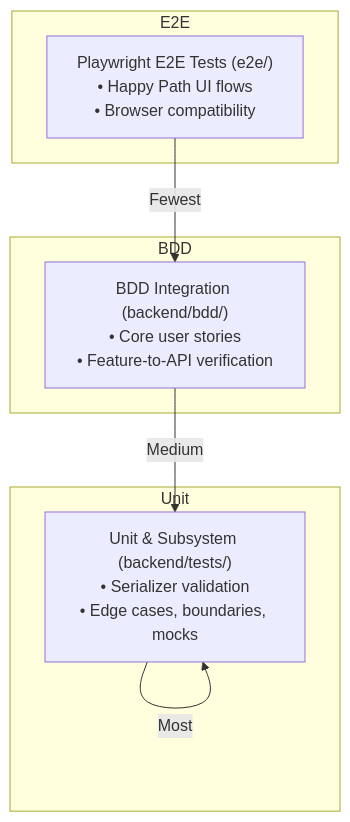
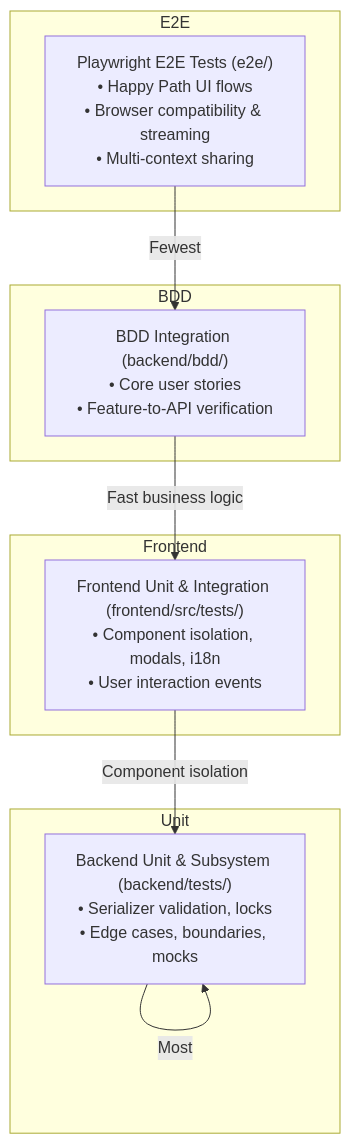
Before and after one commit to coneshare/coneshare: the diagram in docs/strategy/testing-strategy.md, drawn with Mermaid. The commit also changed other lines of this file and 9 other files, not shown here.

First line of the commit message:
fix(e2e): establish Playwright E2E strategy, multi-context suites, and nightly CI

````diff
--- a/docs/strategy/testing-strategy.md
+++ b/docs/strategy/testing-strategy.md
@@ -41,16 +53,20 @@
 ```mermaid
 graph TD
     subgraph E2E
-        A["Playwright E2E Tests (e2e/)<br>• Happy Path UI flows<br>• Browser compatibility"]
+        A["Playwright E2E Tests (e2e/)<br>• Happy Path UI flows<br>• Browser compatibility & streaming<br>• Multi-context sharing"]
     end
     subgraph BDD
         B["BDD Integration (backend/bdd/)<br>• Core user stories<br>• Feature-to-API verification"]
     end
+    subgraph Frontend
+        F["Frontend Unit & Integration (frontend/src/tests/)<br>• Component isolation, modals, i18n<br>• User interaction events"]
+    end
     subgraph Unit
-        C["Unit & Subsystem (backend/tests/)<br>• Serializer validation<br>• Edge cases, boundaries, mocks"]
+        C["Backend Unit & Subsystem (backend/tests/)<br>• Serializer validation, locks<br>• Edge cases, boundaries, mocks"]
     end
 
     A -->|Fewest| B
-    B -->|Medium| C
+    B -->|Fast business logic| F
+    F -->|Component isolation| C
     C -->|Most| C
 ```
````
